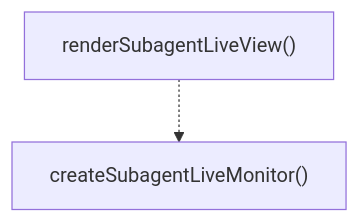
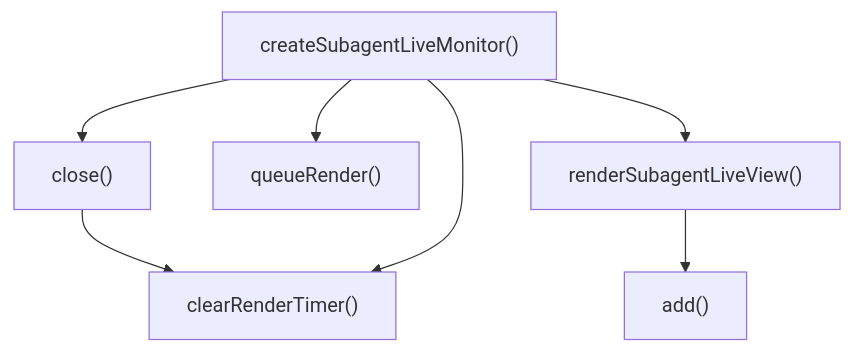
Before and after one commit to Mekann2904/mekann: the second of 3 diagrams in ABDD/.pi/extensions/subagents/live-monitor.md, drawn with Mermaid. The commit also changed other lines of this file and 277 other files, not shown here.

````diff
--- a/ABDD/.pi/extensions/subagents/live-monitor.md
+++ b/ABDD/.pi/extensions/subagents/live-monitor.md
@@ -59,6 +59,15 @@
 ```mermaid
 flowchart TD
+  add["add()"]
+  clearRenderTimer["clearRenderTimer()"]
+  close["close()"]
+  createSubagentLiveMonitor["createSubagentLiveMonitor()"]
+  queueRender["queueRender()"]
   renderSubagentLiveView["renderSubagentLiveView()"]
-  createSubagentLiveMonitor["createSubagentLiveMonitor()"]
-  renderSubagentLiveView -.-> createSubagentLiveMonitor
+  close --> clearRenderTimer
+  createSubagentLiveMonitor --> clearRenderTimer
+  createSubagentLiveMonitor --> close
+  createSubagentLiveMonitor --> queueRender
+  createSubagentLiveMonitor --> renderSubagentLiveView
+  renderSubagentLiveView --> add
 ```
````
